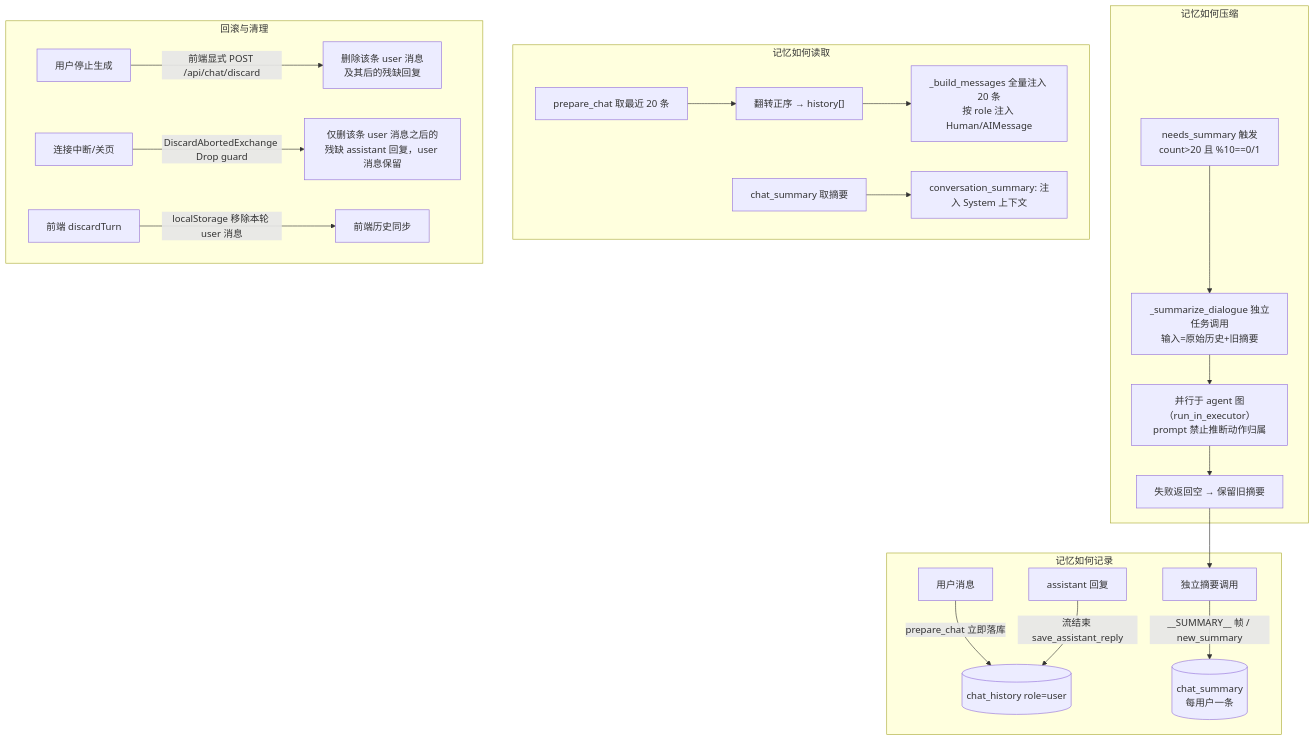
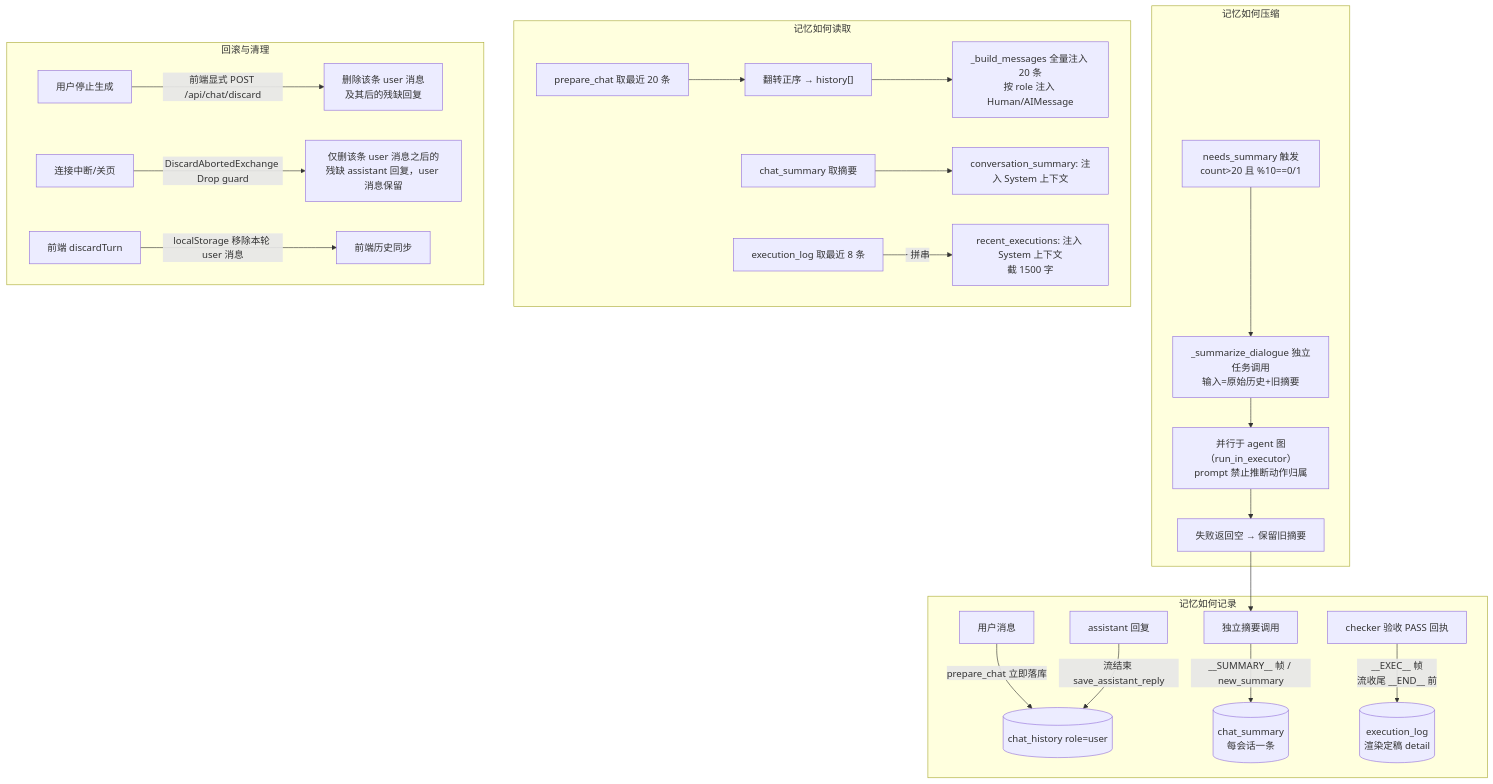
Before and after one commit to BigLeopardCat/saudade-blog-agent: the fourth of 5 diagrams in docs/agent-architecture.md, drawn with Mermaid. The commit also changed other lines of this file and 1 other file, not shown here.

````diff
--- a/docs/agent-architecture.md
+++ b/docs/agent-architecture.md
@@ -289,24 +301,26 @@
 ```mermaid
 flowchart TB
     subgraph Write[记忆如何记录]
         W1[用户消息] -->|prepare_chat 立即落库| T1[(chat_history role=user)]
         W2[assistant 回复] -->|流结束 save_assistant_reply| T1
-        W3[独立摘要调用] -->|__SUMMARY__ 帧 / new_summary| T2[(chat_summary<br/>每用户一条)]
+        W3[独立摘要调用] -->|__SUMMARY__ 帧 / new_summary| T2[(chat_summary<br/>每会话一条)]
+        W4[checker 验收 PASS 回执] -->|__EXEC__ 帧<br/>流收尾 __END__ 前| T3[(execution_log<br/>渲染定稿 detail)]
     end
     subgraph Compress[记忆如何压缩]
         C1[needs_summary 触发<br/>count>20 且 %10==0/1] --> C2[_summarize_dialogue 独立任务调用<br/>输入=原始历史+旧摘要]
         C2 --> C3[并行于 agent 图（run_in_executor）<br/>prompt 禁止推断动作归属]
         C3 --> C4[失败返回空 → 保留旧摘要]
         C4 --> W3
     end
     subgraph Read[记忆如何读取]
         R1[prepare_chat 取最近 20 条] --> R2["翻转正序 → history[]"]
         R2 --> R3[_build_messages 全量注入 20 条<br/>按 role 注入 Human/AIMessage]
         R4[chat_summary 取摘要] --> R5[conversation_summary: 注入 System 上下文]
+        R6[execution_log 取最近 8 条] -->|"· " 拼串| R7[recent_executions: 注入 System 上下文<br/>截 1500 字]
     end
     subgraph Rollback[回滚与清理]
         D1[用户停止生成] -->|前端显式 POST /api/chat/discard| D2[删除该条 user 消息<br/>及其后的残缺回复]
         D3[连接中断/关页] -->|DiscardAbortedExchange Drop guard| D5[仅删该条 user 消息之后的<br/>残缺 assistant 回复，user 消息保留]
         D6[前端 discardTurn] -->|localStorage 移除本轮 user 消息| D7[前端历史同步]
     end
 ```
````
